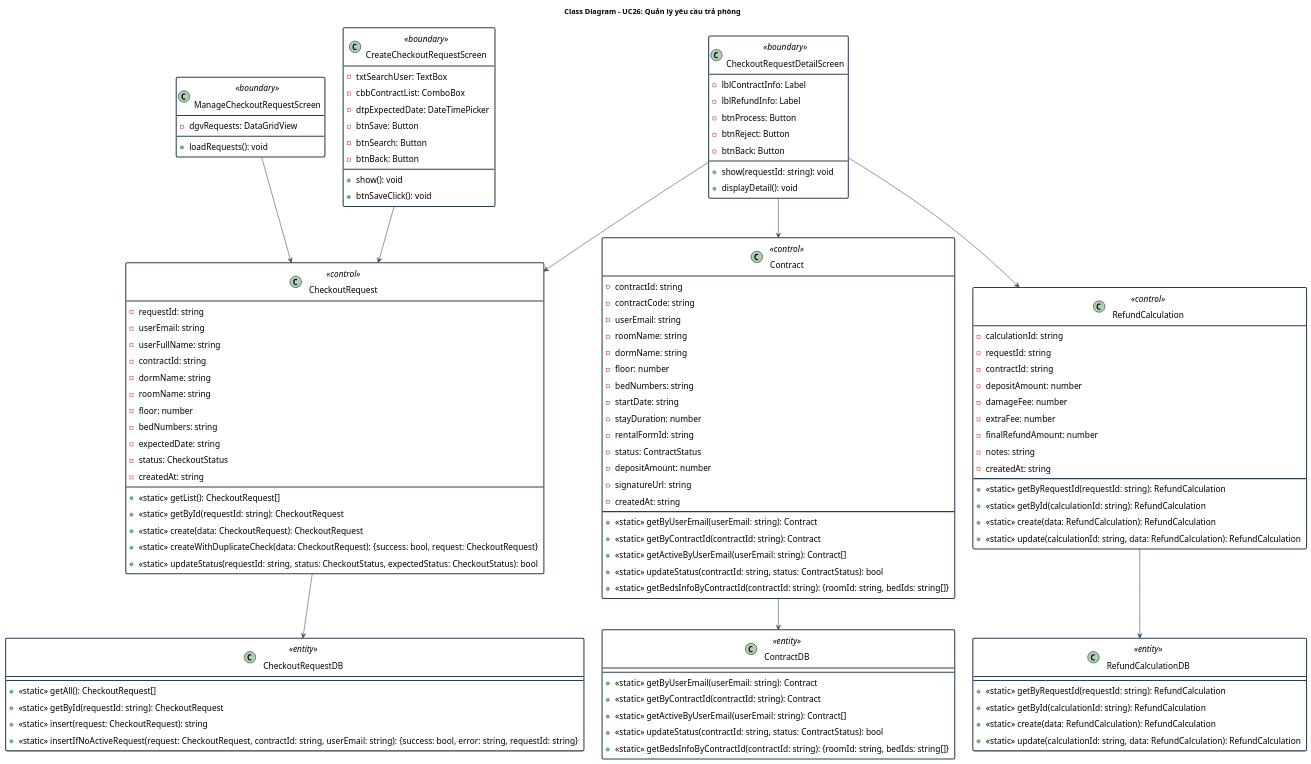
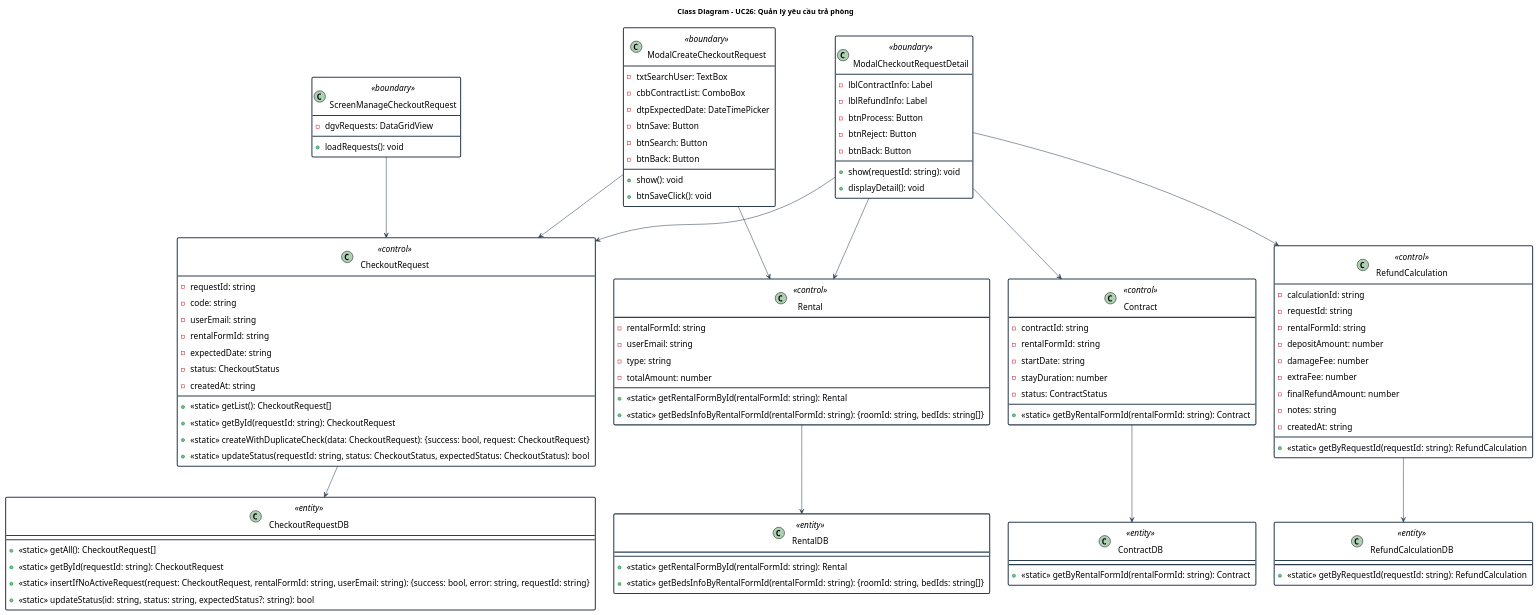
Before and after one commit to Gnourt812005/HCMUS-Analyze-and-desgin-IS: the diagram in doc/system/quan_ly_yeu_cau_tra_phong/QuanLyYeuCauTraPhong_ClassDiagram.wsd, drawn with PlantUML. The commit also changed 10 other files, not shown here.

Commit message:
quangdo/diagram: adjusted diagrams to match code

```diff
--- a/doc/system/quan_ly_yeu_cau_tra_phong/QuanLyYeuCauTraPhong_ClassDiagram.wsd
+++ b/doc/system/quan_ly_yeu_cau_tra_phong/QuanLyYeuCauTraPhong_ClassDiagram.wsd
@@ -1,130 +1,119 @@
 @startuml
 title Class Diagram - UC26: Quản lý yêu cầu trả phòng
 
 skinparam {
     ClassBackgroundColor White
     ClassBorderColor #2D3E50
     ArrowColor #2D3E50
     DefaultFontName "Arial"
     DefaultFontSize 16
     ClassBorderThickness 2
     StereotypeFontColor #2D3E50
     Padding 5
 }
 
-class "ManageCheckoutRequestScreen" <<boundary>> {
+class "ScreenManageCheckoutRequest" <<boundary>> {
   - dgvRequests: DataGridView
   + loadRequests(): void
 }
 
-class "CreateCheckoutRequestScreen" <<boundary>> {
+class "ModalCreateCheckoutRequest" <<boundary>> {
   - txtSearchUser: TextBox
   - cbbContractList: ComboBox
   - dtpExpectedDate: DateTimePicker
   - btnSave: Button
   - btnSearch: Button
   - btnBack: Button
   + show(): void
   + btnSaveClick(): void
 }
 
-class "CheckoutRequestDetailScreen" <<boundary>> {
+class "ModalCheckoutRequestDetail" <<boundary>> {
   - lblContractInfo: Label
   - lblRefundInfo: Label
   - btnProcess: Button
   - btnReject: Button
   - btnBack: Button
   + show(requestId: string): void
   + displayDetail(): void
 }
 
 class "CheckoutRequest" <<control>> {
   - requestId: string
+  - code: string
   - userEmail: string
-  - userFullName: string
-  - contractId: string
-  - dormName: string
-  - roomName: string
-  - floor: number
-  - bedNumbers: string
-  - expectedDate: string 
+  - rentalFormId: string
+  - expectedDate: string
   - status: CheckoutStatus
   - createdAt: string
   + <<static>> getList(): CheckoutRequest[]
   + <<static>> getById(requestId: string): CheckoutRequest 
-  + <<static>> create(data: CheckoutRequest): CheckoutRequest
   + <<static>> createWithDuplicateCheck(data: CheckoutRequest): {success: bool, request: CheckoutRequest}
   + <<static>> updateStatus(requestId: string, status: CheckoutStatus, expectedStatus: CheckoutStatus): bool
 }
 
 class "Contract" <<control>> {
   - contractId: string
-  - contractCode: string
-  - userEmail: string
-  - roomName: string
-  - dormName: string
-  - floor: number
-  - bedNumbers: string
+  - rentalFormId: string
   - startDate: string
   - stayDuration: number
+  - status: ContractStatus
+  + <<static>> getByRentalFormId(rentalFormId: string): Contract 
+}
+
+class "Rental" <<control>> {
   - rentalFormId: string
-  - status: ContractStatus
-  - depositAmount: number
-  - signatureUrl: string
-  - createdAt: string
-  + <<static>> getByUserEmail(userEmail: string): Contract 
-  + <<static>> getByContractId(contractId: string): Contract 
-  + <<static>> getActiveByUserEmail(userEmail: string): Contract[]
-  + <<static>> updateStatus(contractId: string, status: ContractStatus): bool
-  + <<static>> getBedsInfoByContractId(contractId: string): {roomId: string, bedIds: string[]} 
+  - userEmail: string
+  - type: string
+  - totalAmount: number
+  + <<static>> getRentalFormById(rentalFormId: string): Rental
+  + <<static>> getBedsInfoByRentalFormId(rentalFormId: string): {roomId: string, bedIds: string[]}
 }
 
 class "RefundCalculation" <<control>> {
   - calculationId: string
   - requestId: string
-  - contractId: string
+  - rentalFormId: string
   - depositAmount: number
   - damageFee: number
   - extraFee: number
   - finalRefundAmount: number
   - notes: string
   - createdAt: string
   + <<static>> getByRequestId(requestId: string): RefundCalculation 
-  + <<static>> getById(calculationId: string): RefundCalculation 
-  + <<static>> create(data: RefundCalculation): RefundCalculation
-  + <<static>> update(calculationId: string, data: RefundCalculation): RefundCalculation 
 }
 
 class "CheckoutRequestDB" <<entity>> {
   + <<static>> getAll(): CheckoutRequest[]
   + <<static>> getById(requestId: string): CheckoutRequest
-  + <<static>> insert(request: CheckoutRequest): string 
-  + <<static>> insertIfNoActiveRequest(request: CheckoutRequest, contractId: string, userEmail: string): {success: bool, error: string, requestId: string}
+  + <<static>> insertIfNoActiveRequest(request: CheckoutRequest, rentalFormId: string, userEmail: string): {success: bool, error: string, requestId: string}
+  + <<static>> updateStatus(id: string, status: string, expectedStatus?: string): bool
 }
 
 class "ContractDB" <<entity>> {
-  + <<static>> getByUserEmail(userEmail: string): Contract 
-  + <<static>> getByContractId(contractId: string): Contract 
-  + <<static>> getActiveByUserEmail(userEmail: string): Contract[]
-  + <<static>> updateStatus(contractId: string, status: ContractStatus): bool
-  + <<static>> getBedsInfoByContractId(contractId: string): {roomId: string, bedIds: string[]} 
+  + <<static>> getByRentalFormId(rentalFormId: string): Contract 
+}
+
+class "RentalDB" <<entity>> {
+  + <<static>> getRentalFormById(rentalFormId: string): Rental
+  + <<static>> getBedsInfoByRentalFormId(rentalFormId: string): {roomId: string, bedIds: string[]}
 }
 
 class "RefundCalculationDB" as RefundCalculationDB <<entity>> {
   + <<static>> getByRequestId(requestId: string): RefundCalculation 
-  + <<static>> getById(calculationId: string): RefundCalculation 
-  + <<static>> create(data: RefundCalculation): RefundCalculation
-  + <<static>> update(calculationId: string, data: RefundCalculation): RefundCalculation 
 }
 
-ManageCheckoutRequestScreen --> CheckoutRequest
-CreateCheckoutRequestScreen --> CheckoutRequest
-CheckoutRequestDetailScreen --> CheckoutRequest
-CheckoutRequestDetailScreen --> Contract
-CheckoutRequestDetailScreen --> RefundCalculation
+ScreenManageCheckoutRequest --> CheckoutRequest
+ModalCreateCheckoutRequest --> CheckoutRequest
+ModalCreateCheckoutRequest --> Rental
+ModalCheckoutRequestDetail --> CheckoutRequest
+ModalCheckoutRequestDetail --> Rental
+ModalCheckoutRequestDetail --> Contract
+ModalCheckoutRequestDetail --> RefundCalculation
 
 CheckoutRequest --> CheckoutRequestDB
+Rental --> RentalDB
 Contract --> ContractDB
 RefundCalculation --> RefundCalculationDB
 
 @enduml
```
